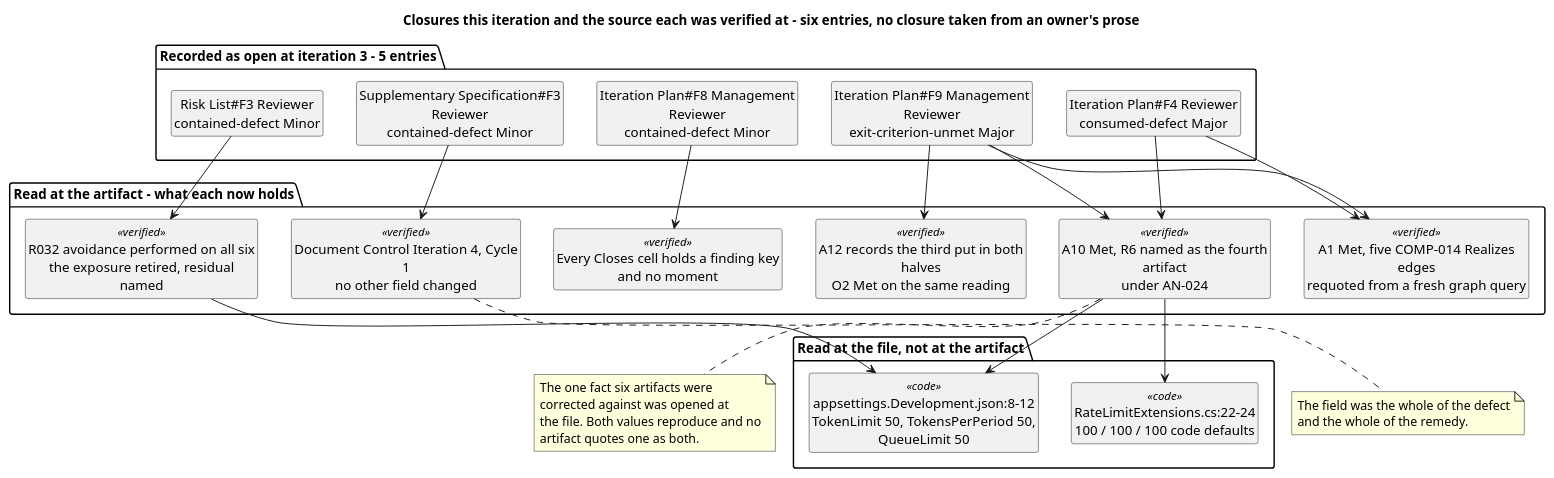
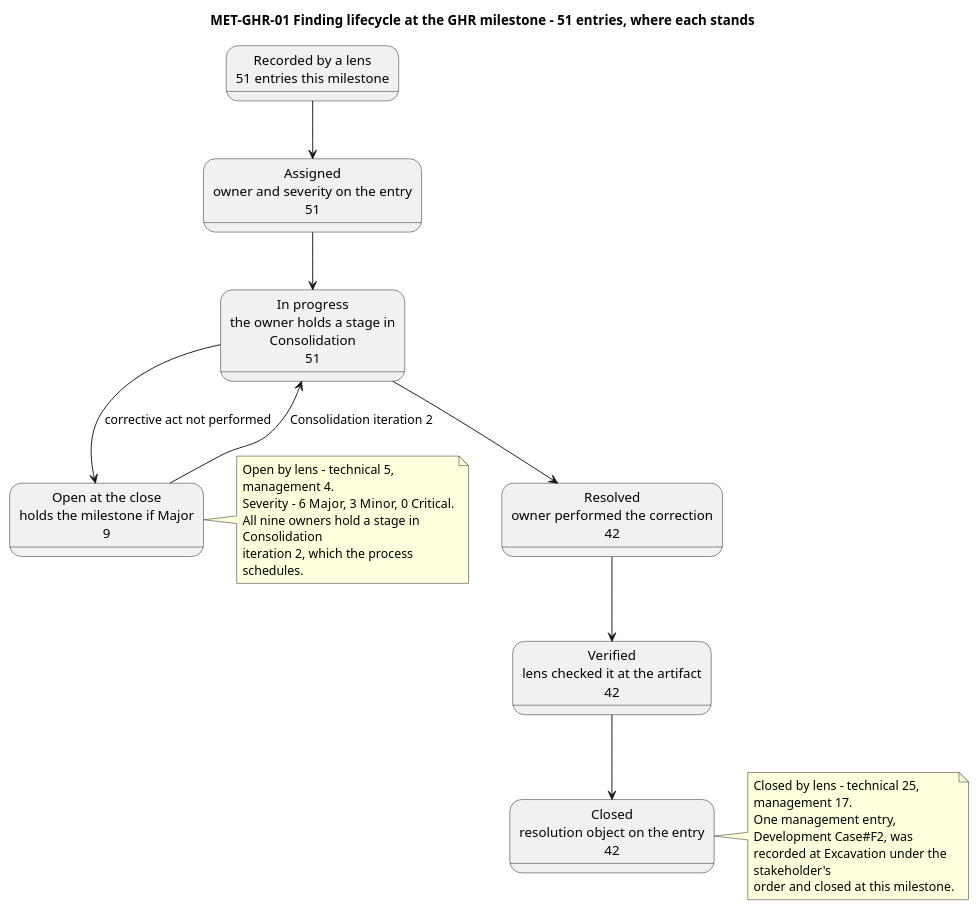
The eighth of 13 diagrams in docs/artifacts/project-management/review-record.md (banense-test/TodoApp), drawn with PlantUML before and after one commit. The commit also changed other lines of this file, not shown here.

First line of the commit message:
Review Coordinator [Consolidation1]: upsert Review Record

````diff
--- a/docs/artifacts/project-management/review-record.md
+++ b/docs/artifacts/project-management/review-record.md
@@ -767,51 +846,36 @@
 ```plantuml
 @startuml
-title Closures this iteration and the source each was verified at - six entries, no closure taken from an owner's prose
+title MET-GHR-01 Finding lifecycle at the GHR milestone - 51 entries, where each stands
 skinparam shadowing false
-skinparam wrapWidth 240
-hide circle
-hide empty members
+skinparam wrapWidth 235
 
-package "Recorded as open at iteration 3 - 5 entries" {
-  class "Iteration Plan#F4 Reviewer\nconsumed-defect Major" as O1
-  class "Iteration Plan#F9 Management Reviewer\nexit-criterion-unmet Major" as O2
-  class "Iteration Plan#F8 Management Reviewer\ncontained-defect Minor" as O3
-  class "Risk List#F3 Reviewer\ncontained-defect Minor" as O4
-  class "Supplementary Specification#F3 Reviewer\ncontained-defect Minor" as O5
-}
+state "Recorded by a lens\n51 entries this milestone" as R
+state "Assigned\nowner and severity on the entry\n51" as A
+state "In progress\nthe owner holds a stage in Consolidation\n51" as P
+state "Resolved\nowner performed the correction\n42" as RV
+state "Verified\nlens checked it at the artifact\n42" as VF
+state "Closed\nresolution object on the entry\n42" as C
+state "Open at the close\nholds the milestone if Major\n9" as O
 
-package "Read at the artifact - what each now holds" {
-  class "A1 Met, five COMP-014 Realizes edges\nrequoted from a fresh graph query" as V1 <<verified>>
-  class "A10 Met, R6 named as the fourth artifact\nunder AN-024" as V2 <<verified>>
-  class "A12 records the third put in both halves\nO2 Met on the same reading" as V3 <<verified>>
-  class "Every Closes cell holds a finding key\nand no moment" as V4 <<verified>>
-  class "R032 avoidance performed on all six\nthe exposure retired, residual named" as V5 <<verified>>
-  class "Document Control Iteration 4, Cycle 1\nno other field changed" as V6 <<verified>>
-}
+R --> A
+A --> P
+P --> RV
+RV --> VF
+VF --> C
+P --> O : corrective act not performed
+O --> P : Consolidation iteration 2
 
-package "Read at the file, not at the artifact" {
-  class "appsettings.Development.json:8-12\nTokenLimit 50, TokensPerPeriod 50, QueueLimit 50" as CODE1 <<code>>
-  class "RateLimitExtensions.cs:22-24\n100 / 100 / 100 code defaults" as CODE2 <<code>>
-}
-
-O1 --> V1
-O1 --> V2
-O2 --> V1
-O2 --> V3
-O2 --> V2
-O3 --> V4
-O4 --> V5
-O5 --> V6
-V2 --> CODE1
-V2 --> CODE2
-V5 --> CODE1
-
-note bottom of V2
-  The one fact six artifacts were corrected against was opened at
-  the file. Both values reproduce and no artifact quotes one as both.
+note right of C
+  Closed by lens - technical 25, management 17.
+  One management entry, Development Case#F2, was
+  recorded at Excavation under the stakeholder's
+  order and closed at this milestone.
 end note
-note bottom of V6
-  The field was the whole of the defect and the whole of the remedy.
+note right of O
+  Open by lens - technical 5, management 4.
+  Severity - 6 Major, 3 Minor, 0 Critical.
+  All nine owners hold a stage in Consolidation
+  iteration 2, which the process schedules.
 end note
 @enduml
 ```
````
